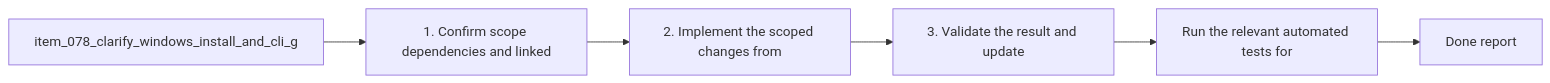
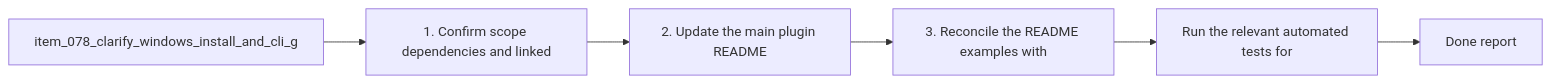
Before and after one commit to AlexAgo83/logics-manager: the diagram in logics/tasks/task_083_clarify_windows_install_and_cli_guidance_in_the_main_plugin_readme.md, drawn with Mermaid. The commit also changed other lines of this file and 481 other files, not shown here.

````diff
--- a/logics/tasks/task_083_clarify_windows_install_and_cli_guidance_in_the_main_plugin_readme.md
+++ b/logics/tasks/task_083_clarify_windows_install_and_cli_guidance_in_the_main_plugin_readme.md
@@ -19,10 +20,10 @@
 ```mermaid
 %% logics-kind: task
 %% logics-signature: task|clarify-windows-install-and-cli-guidance|item-078-clarify-windows-install-and-cli|1-confirm-scope-dependencies-and-linked|run-the-relevant-automated-tests-for
 flowchart LR
     Backlog[item_078_clarify_windows_install_and_cli_g] --> Step1[1. Confirm scope dependencies and linked]
-    Step1 --> Step2[2. Implement the scoped changes from]
-    Step2 --> Step3[3. Validate the result and update]
+    Step1 --> Step2[2. Update the main plugin README]
+    Step2 --> Step3[3. Reconcile the README examples with]
     Step3 --> Validation[Run the relevant automated tests for]
     Validation --> Report[Done report]
 ```
````
